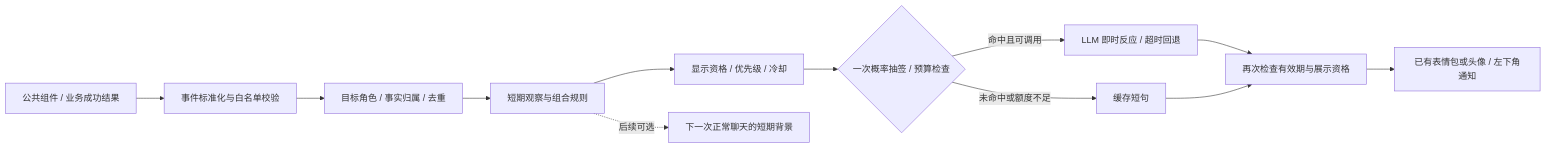
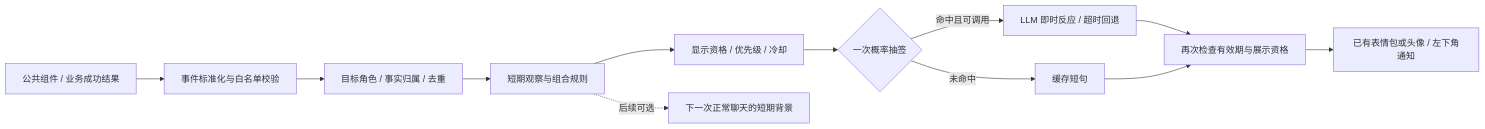
One commit to LingYuYue1/galgame-with-comfyUI changed the diagram in docs/character-reaction-notification-plan.md. Above: the diagram before and after it, drawn with Mermaid. The commit also changed other lines of this file and 48 other files, not shown here.

````diff
--- a/docs/character-reaction-notification-plan.md
+++ b/docs/character-reaction-notification-plan.md
@@ -189,14 +182,14 @@
 ```mermaid
 flowchart LR
   A[公共组件 / 业务成功结果] --> B[事件标准化与白名单校验]
   B --> C[目标角色 / 事实归属 / 去重]
   C --> D[短期观察与组合规则]
   D --> E[显示资格 / 优先级 / 冷却]
-  E --> I{一次概率抽签 / 预算检查}
-  I -->|未命中或额度不足| F[缓存短句]
+  E --> I{一次概率抽签}
+  I -->|未命中| F[缓存短句]
   I -->|命中且可调用| J[LLM 即时反应 / 超时回退]
   J --> K[再次检查有效期与展示资格]
   F --> K
   K --> G[已有表情包或头像 / 左下角通知]
   D -. 后续可选 .-> H[下一次正常聊天的短期背景]
 ```
````
